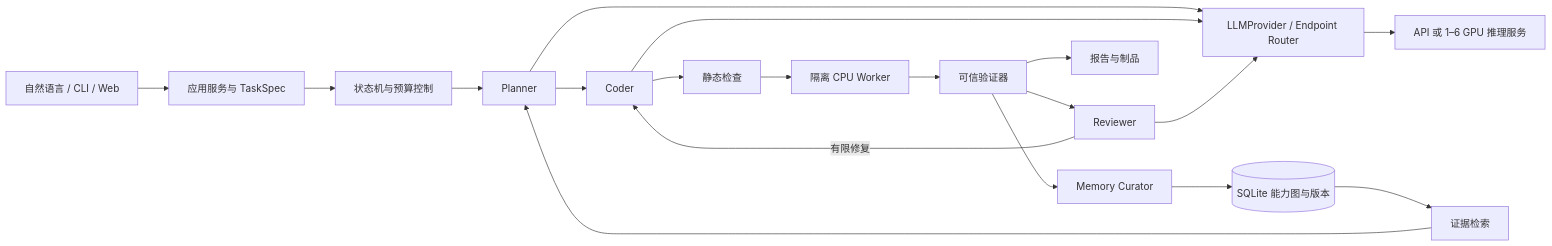
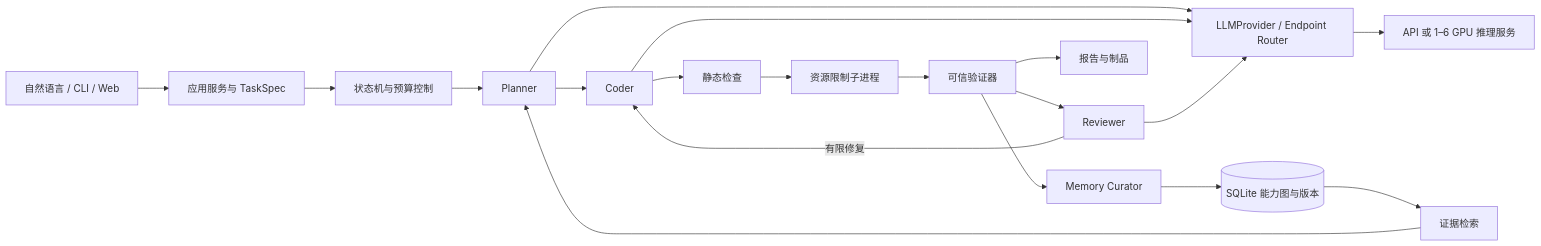
One commit to dengdeng55525/axiomforge changed the diagram in docs/03_系统架构与接口.md. Above: the diagram before and after it, drawn with Mermaid. The commit also changed other lines of this file and 12 other files, not shown here.

```diff
--- a/docs/03_系统架构与接口.md
+++ b/docs/03_系统架构与接口.md
@@ -7,21 +7,21 @@
 ~~~mermaid
 flowchart LR
   U[自然语言 / CLI / Web] --> A[应用服务与 TaskSpec]
   A --> O[状态机与预算控制]
   K[(SQLite 能力图与版本)] --> R[证据检索]
   R --> P[Planner]
   O --> P
   P --> C[Coder]
   C --> S[静态检查]
-  S --> W[隔离 CPU Worker]
+  S --> W[资源限制子进程]
   W --> E[可信验证器]
   E --> V[Reviewer]
   V -->|有限修复| C
   E --> M[Memory Curator]
   M --> K
   E --> H[报告与制品]
   P --> L[LLMProvider / Endpoint Router]
   C --> L
   V --> L
   L --> G[API 或 1–6 GPU 推理服务]
 ~~~
```
